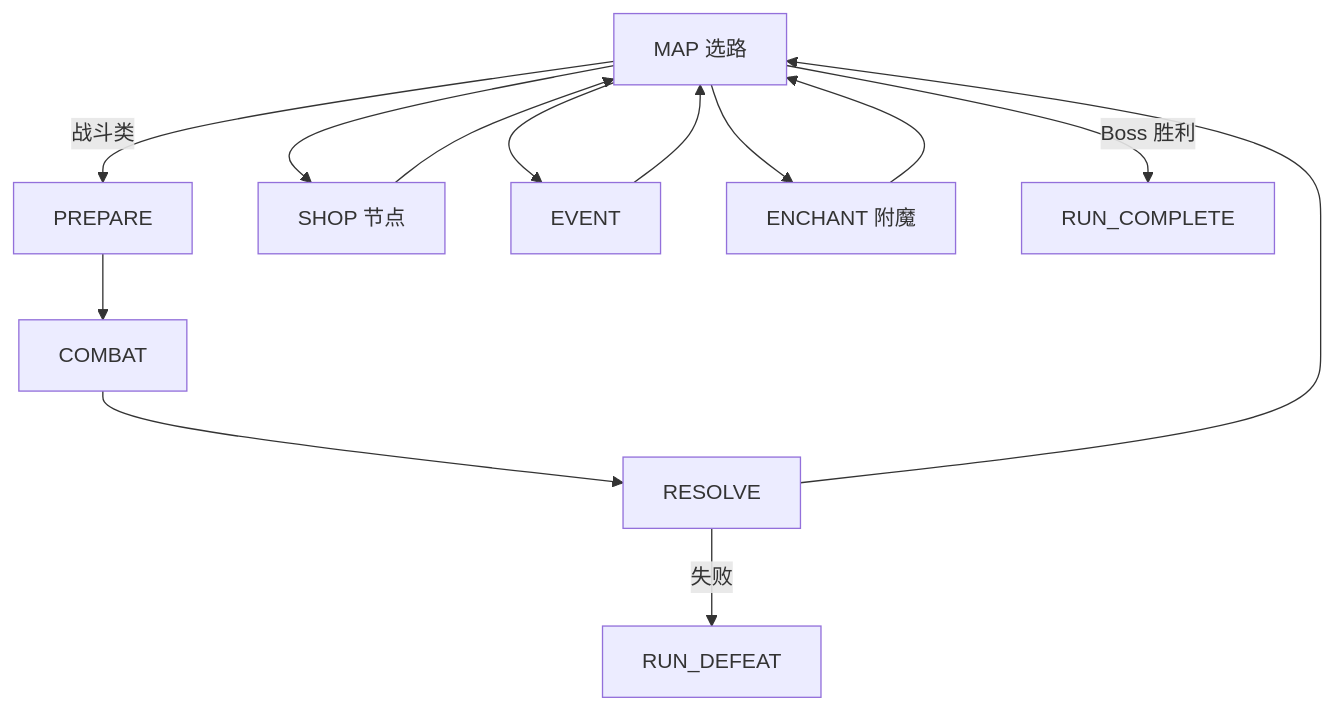
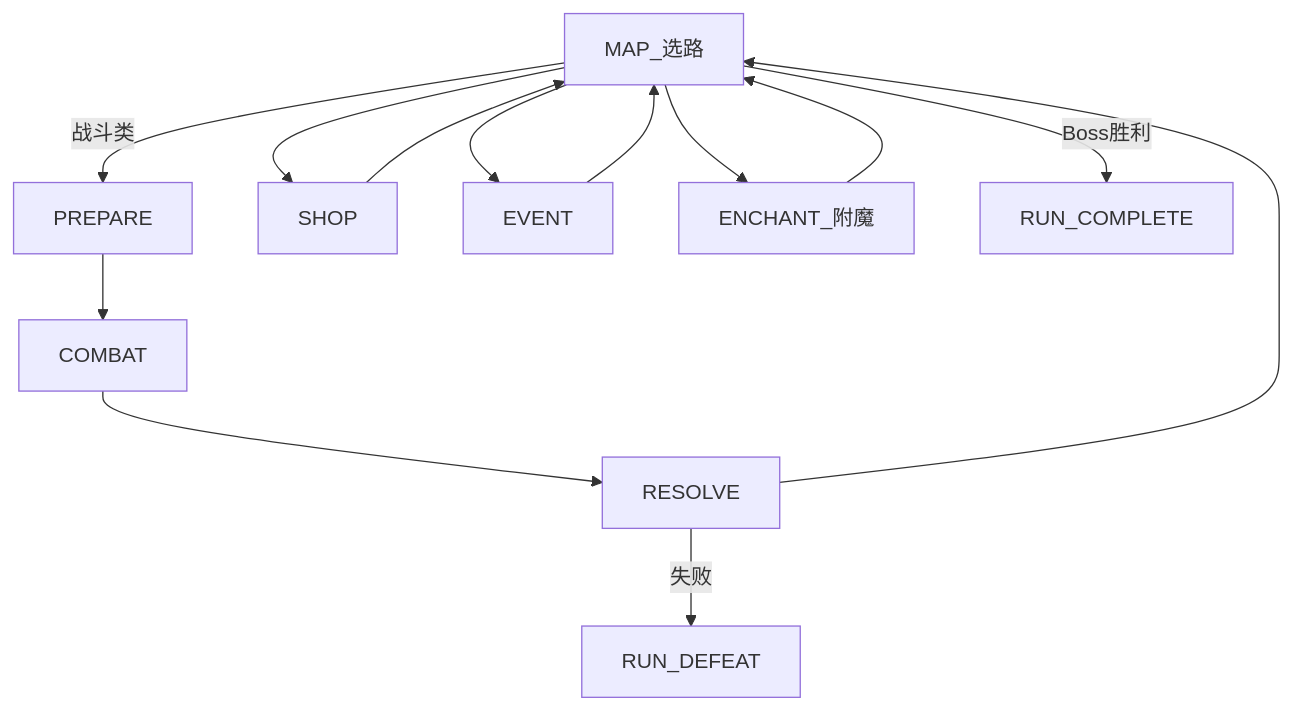
Before and after one commit to Kanerickyz/Godot-Project---Clash-royale-like-Game: the first of 2 diagrams in Documents/GAME_VISION.md, drawn with Mermaid. The commit also changed other lines of this file and 10 other files, not shown here.

````diff
--- a/Documents/GAME_VISION.md
+++ b/Documents/GAME_VISION.md
@@ -96,9 +106,9 @@
 ```mermaid
 flowchart TD
-    Map[MAP 选路] -->|战斗类| Prep[PREPARE] --> Combat[COMBAT] --> Resolve[RESOLVE] --> Map
-    Map --> ShopNode[SHOP 节点] --> Map
+    Map[MAP_选路] -->|战斗类| Prep[PREPARE] --> Combat[COMBAT] --> Resolve[RESOLVE] --> Map
+    Map --> ShopNode[SHOP] --> Map
     Map --> Event[EVENT] --> Map
-    Map --> Enchant[ENCHANT 附魔] --> Map
+    Map --> Enchant[ENCHANT_附魔] --> Map
     Resolve -->|失败| RunDefeat[RUN_DEFEAT]
-    Map -->|Boss 胜利| RunComplete[RUN_COMPLETE]
+    Map -->|Boss胜利| RunComplete[RUN_COMPLETE]
 ```
````
